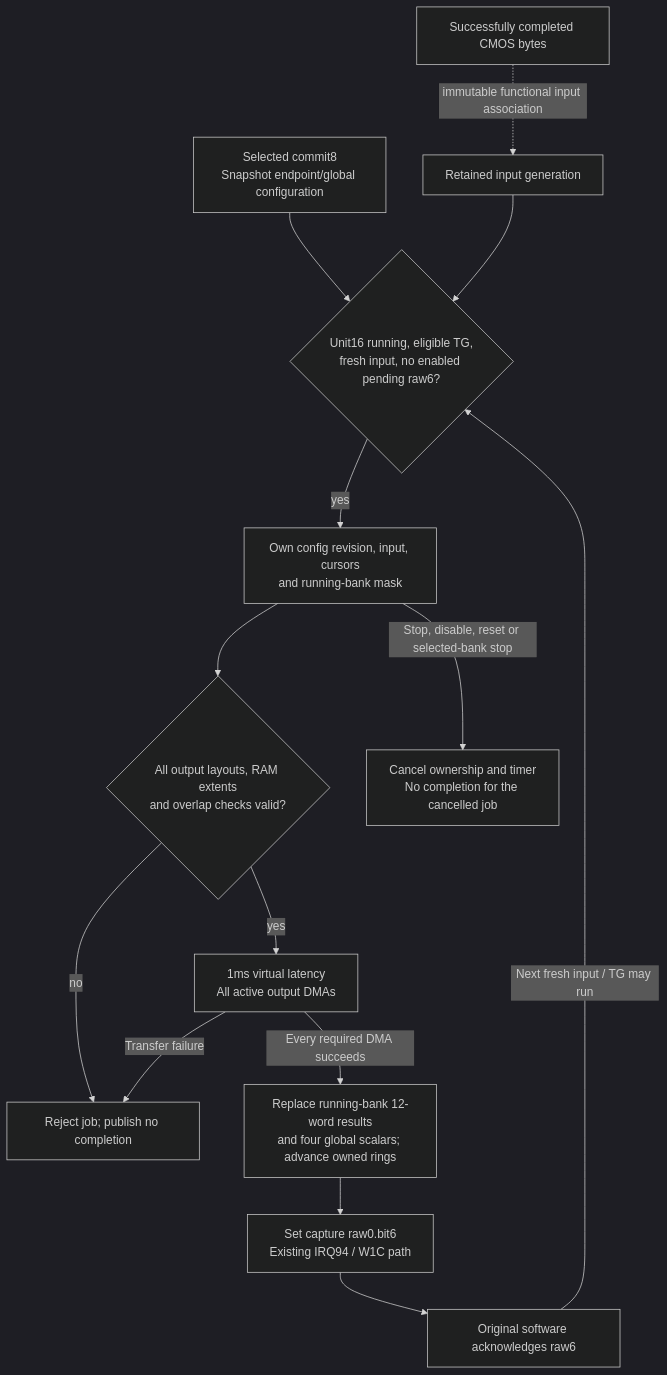
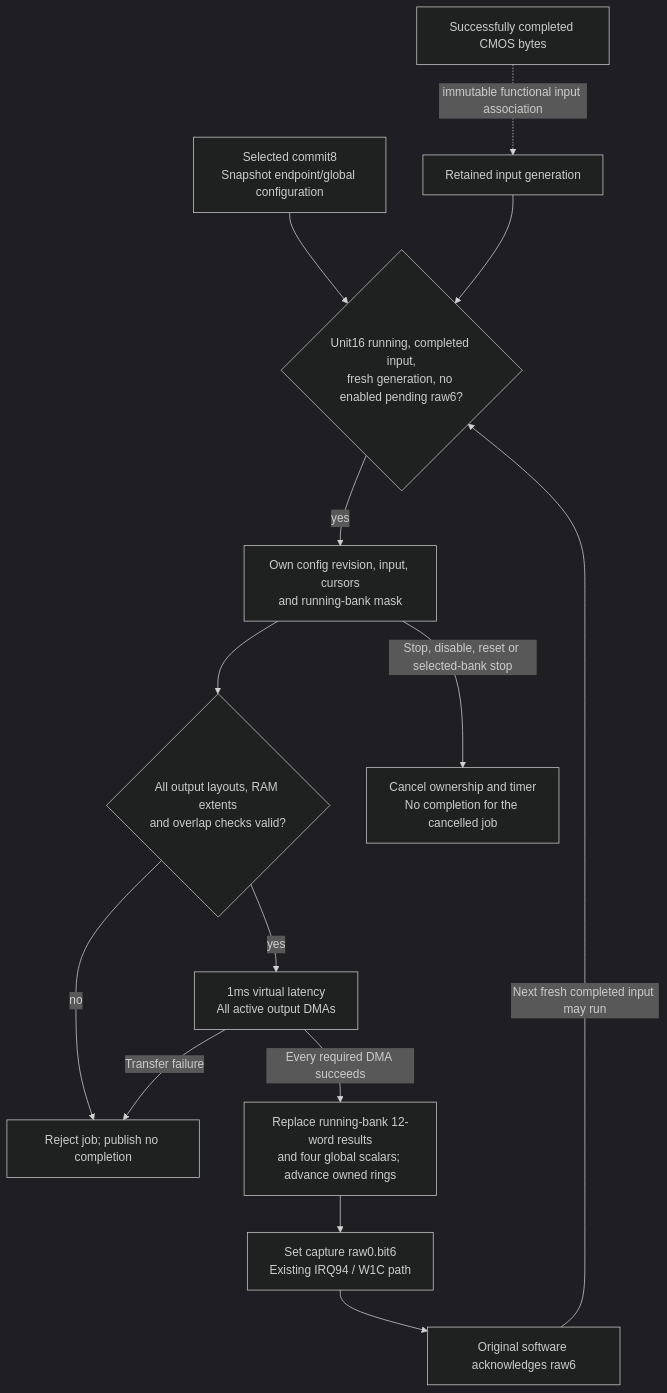
One commit to nightglasses/z7ii-qemu changed the diagram in docs/devices/statistics/protocol.md. Above: the diagram before and after it, drawn with Mermaid (dark theme). The commit also changed other lines of this file and 8 other files, not shown here.

````diff
--- a/docs/devices/statistics/protocol.md
+++ b/docs/devices/statistics/protocol.md
@@ -21,16 +21,16 @@
 ```mermaid
 flowchart TD
-  Commit["Selected commit8<br/>Snapshot endpoint/global configuration"] --> Eligible{"Unit16 running, eligible TG,<br/>fresh input, no enabled pending raw6?"}
+  Commit["Selected commit8<br/>Snapshot endpoint/global configuration"] --> Eligible{"Unit16 running, completed input,<br/>fresh generation, no enabled pending raw6?"}
   CMOS["Successfully completed CMOS bytes"] -. "immutable functional input association" .-> Input["Retained input generation"]
   Input --> Eligible
   Eligible -->|"yes"| Job["Own config revision, input, cursors<br/>and running-bank mask"]
   Job --> Validate{"All output layouts, RAM extents<br/>and overlap checks valid?"}
   Validate -->|"no"| Reject["Reject job; publish no completion"]
   Validate -->|"yes"| DMA["1ms virtual latency<br/>All active output DMAs"]
   DMA -->|"Every required DMA succeeds"| Results["Replace running-bank 12-word results<br/>and four global scalars; advance owned rings"]
   DMA -->|"Transfer failure"| Reject
   Results --> Raw["Set capture raw0.bit6<br/>Existing IRQ94 / W1C path"]
   Raw --> Ack["Original software acknowledges raw6"]
-  Ack -->|"Next fresh input / TG may run"| Eligible
+  Ack -->|"Next fresh completed input may run"| Eligible
   Job -->|"Stop, disable, reset or selected-bank stop"| Cancel["Cancel ownership and timer<br/>No completion for the cancelled job"]
 ```
````
